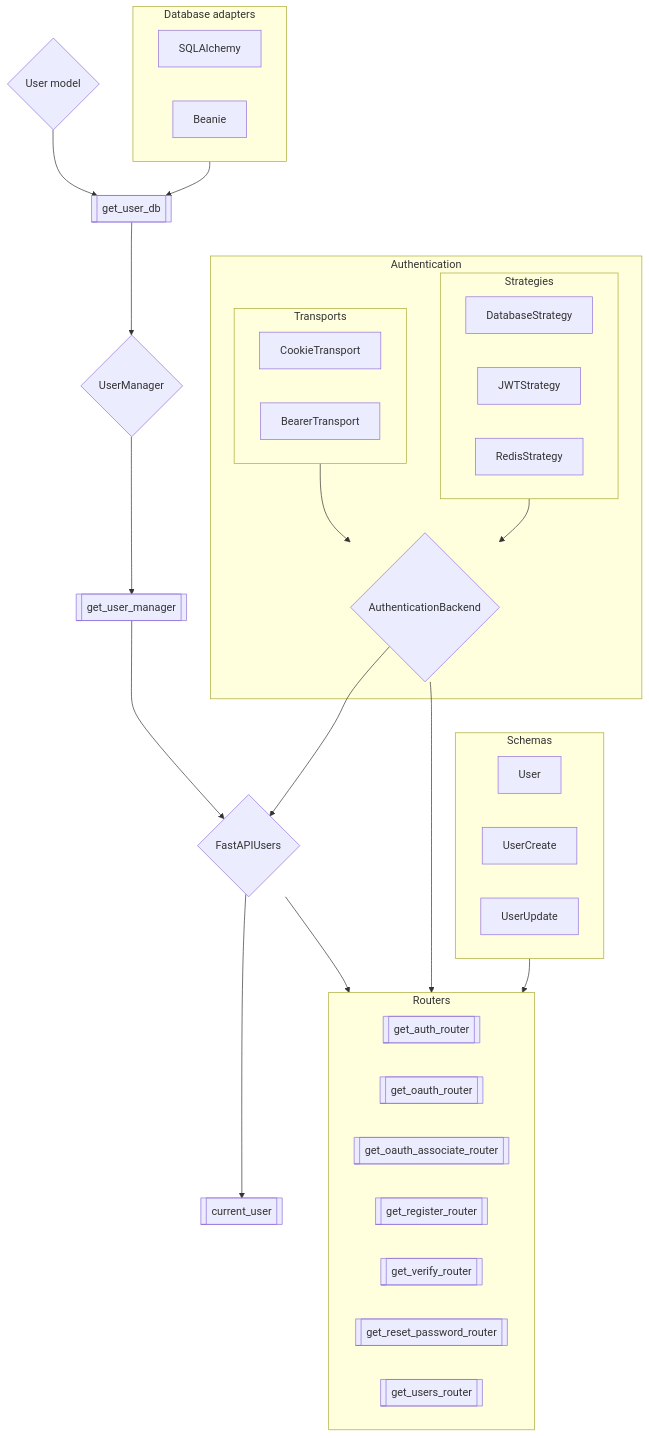
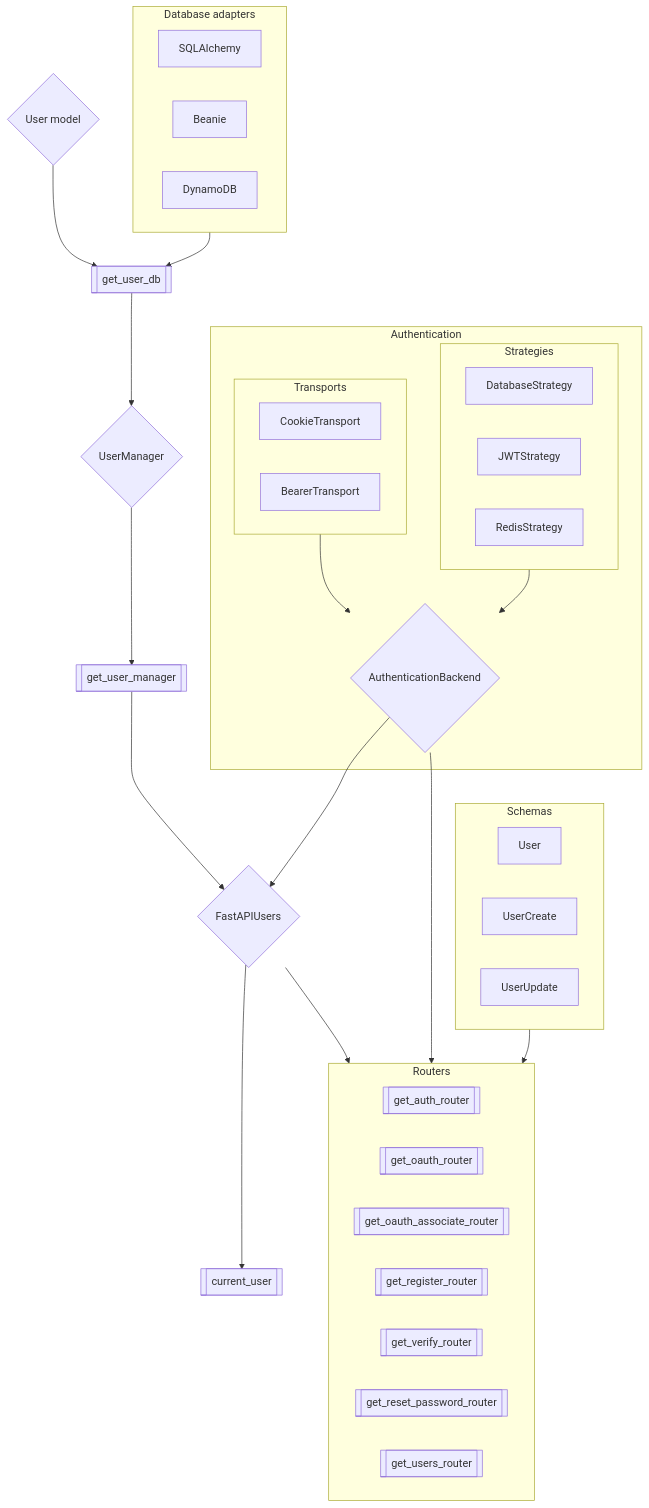
The diagram in docs/configuration/overview.md (fastapi-users/fastapi-users), drawn with Mermaid before and after one commit. The commit also changed other lines of this file and 7 other files, not shown here.

````diff
--- a/docs/configuration/overview.md
+++ b/docs/configuration/overview.md
@@ -6,57 +6,58 @@
 ```mermaid
 flowchart TB
     FASTAPI_USERS{FastAPIUsers}
     USER_MANAGER{UserManager}
     USER_MODEL{User model}
     DATABASE_DEPENDENCY[[get_user_db]]
     USER_MANAGER_DEPENDENCY[[get_user_manager]]
     CURRENT_USER[[current_user]]
     subgraph SCHEMAS[Schemas]
         USER[User]
         USER_CREATE[UserCreate]
         USER_UPDATE[UserUpdate]
     end
     subgraph DATABASE[Database adapters]
         SQLALCHEMY[SQLAlchemy]
         BEANIE[Beanie]
+        DYNAMODB[DynamoDB]
     end
     subgraph ROUTERS[Routers]
         AUTH[[get_auth_router]]
         OAUTH[[get_oauth_router]]
         OAUTH_ASSOCIATE[[get_oauth_associate_router]]
         REGISTER[[get_register_router]]
         VERIFY[[get_verify_router]]
         RESET[[get_reset_password_router]]
         USERS[[get_users_router]]
     end
     subgraph AUTH_BACKENDS[Authentication]
         subgraph TRANSPORTS[Transports]
             COOKIE[CookieTransport]
             BEARER[BearerTransport]
         end
         subgraph STRATEGIES[Strategies]
             DB[DatabaseStrategy]
             JWT[JWTStrategy]
             REDIS[RedisStrategy]
         end
         AUTH_BACKEND{AuthenticationBackend}
     end
     DATABASE --> DATABASE_DEPENDENCY
     USER_MODEL --> DATABASE_DEPENDENCY
     DATABASE_DEPENDENCY --> USER_MANAGER
 
     USER_MANAGER --> USER_MANAGER_DEPENDENCY
     USER_MANAGER_DEPENDENCY --> FASTAPI_USERS
 
     FASTAPI_USERS --> ROUTERS
 
     TRANSPORTS --> AUTH_BACKEND
     STRATEGIES --> AUTH_BACKEND
 
     AUTH_BACKEND --> ROUTERS
     AUTH_BACKEND --> FASTAPI_USERS
 
     FASTAPI_USERS --> CURRENT_USER
 
     SCHEMAS --> ROUTERS
 ```
````
